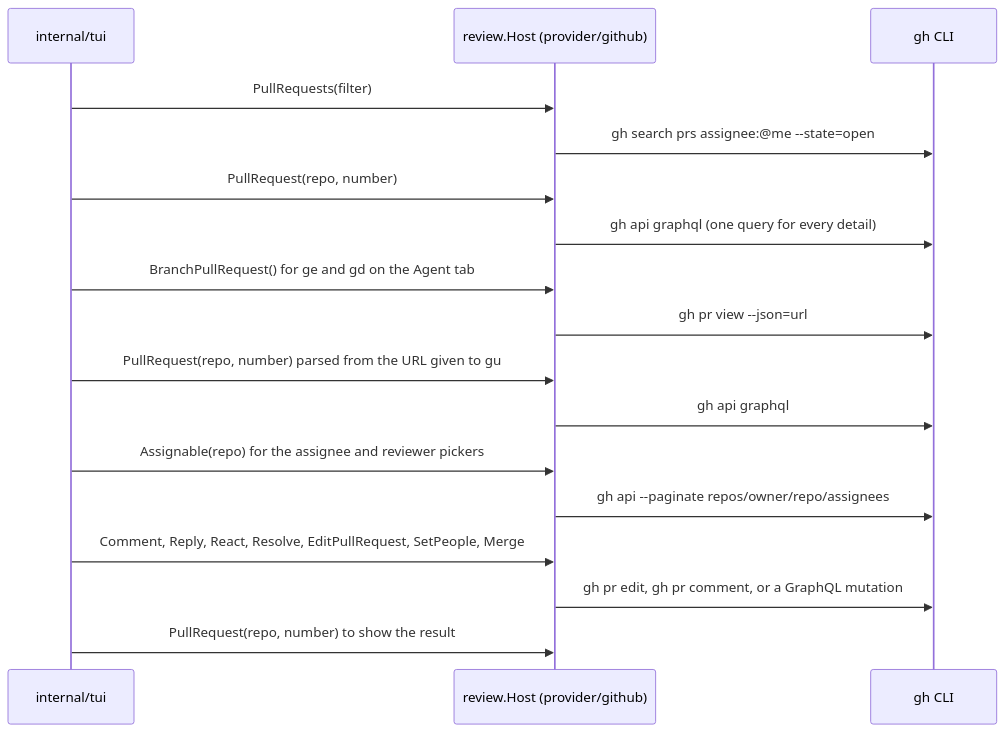
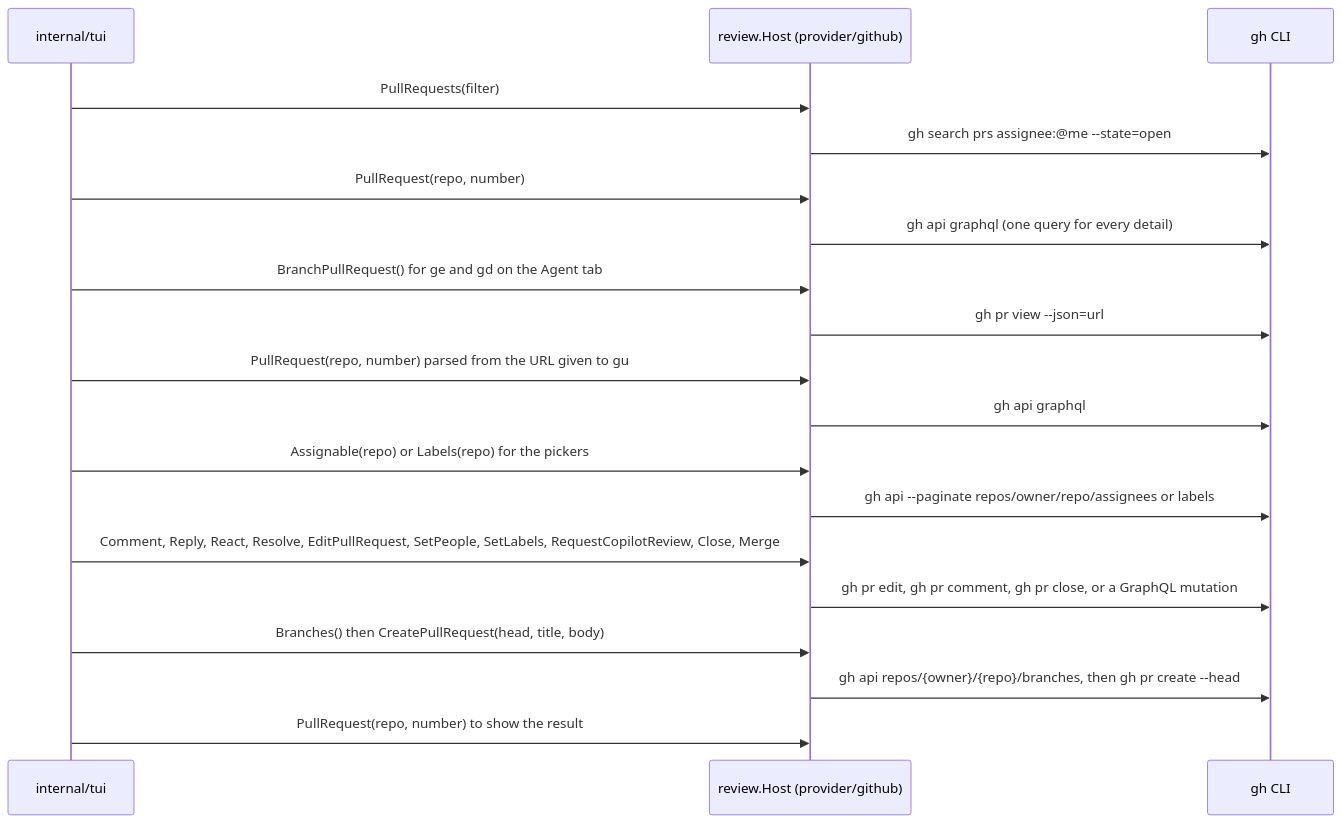
The diagram in docs/pull-requests.md (jfmainville/revunk), drawn with Mermaid before and after one commit. The commit also changed other lines of this file and 14 other files, not shown here.

Commit message:
feat(tui): add a pull request actions list and a clearer status bar

````diff
--- a/docs/pull-requests.md
+++ b/docs/pull-requests.md
@@ -7,19 +7,21 @@
 ```mermaid
 sequenceDiagram
     participant TUI as internal/tui
     participant Host as review.Host (provider/github)
     participant GH as gh CLI
     TUI->>Host: PullRequests(filter)
     Host->>GH: gh search prs assignee:@me --state=open
     TUI->>Host: PullRequest(repo, number)
     Host->>GH: gh api graphql (one query for every detail)
     TUI->>Host: BranchPullRequest() for ge and gd on the Agent tab
     Host->>GH: gh pr view --json=url
     TUI->>Host: PullRequest(repo, number) parsed from the URL given to gu
     Host->>GH: gh api graphql
-    TUI->>Host: Assignable(repo) for the assignee and reviewer pickers
-    Host->>GH: gh api --paginate repos/owner/repo/assignees
-    TUI->>Host: Comment, Reply, React, Resolve, EditPullRequest, SetPeople, Merge
-    Host->>GH: gh pr edit, gh pr comment, or a GraphQL mutation
+    TUI->>Host: Assignable(repo) or Labels(repo) for the pickers
+    Host->>GH: gh api --paginate repos/owner/repo/assignees or labels
+    TUI->>Host: Comment, Reply, React, Resolve, EditPullRequest, SetPeople, SetLabels, RequestCopilotReview, Close, Merge
+    Host->>GH: gh pr edit, gh pr comment, gh pr close, or a GraphQL mutation
+    TUI->>Host: Branches() then CreatePullRequest(head, title, body)
+    Host->>GH: gh api repos/{owner}/{repo}/branches, then gh pr create --head
     TUI->>Host: PullRequest(repo, number) to show the result
 ```
````
